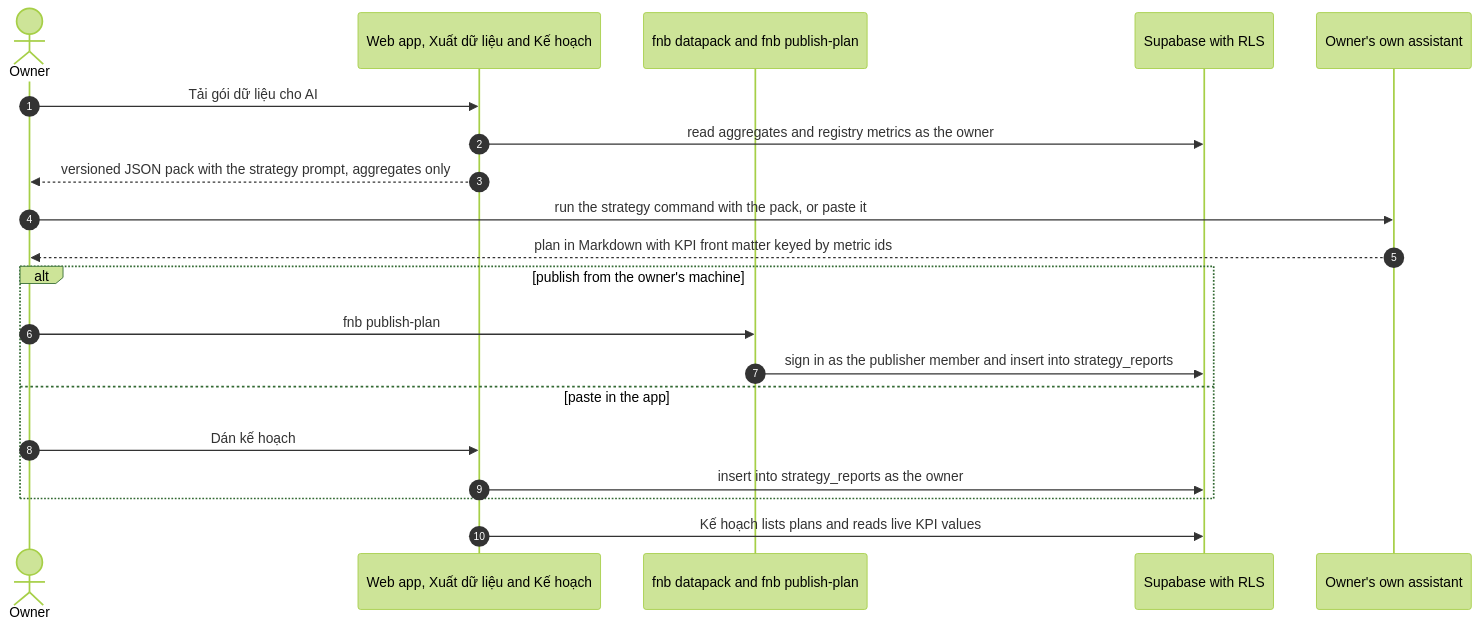
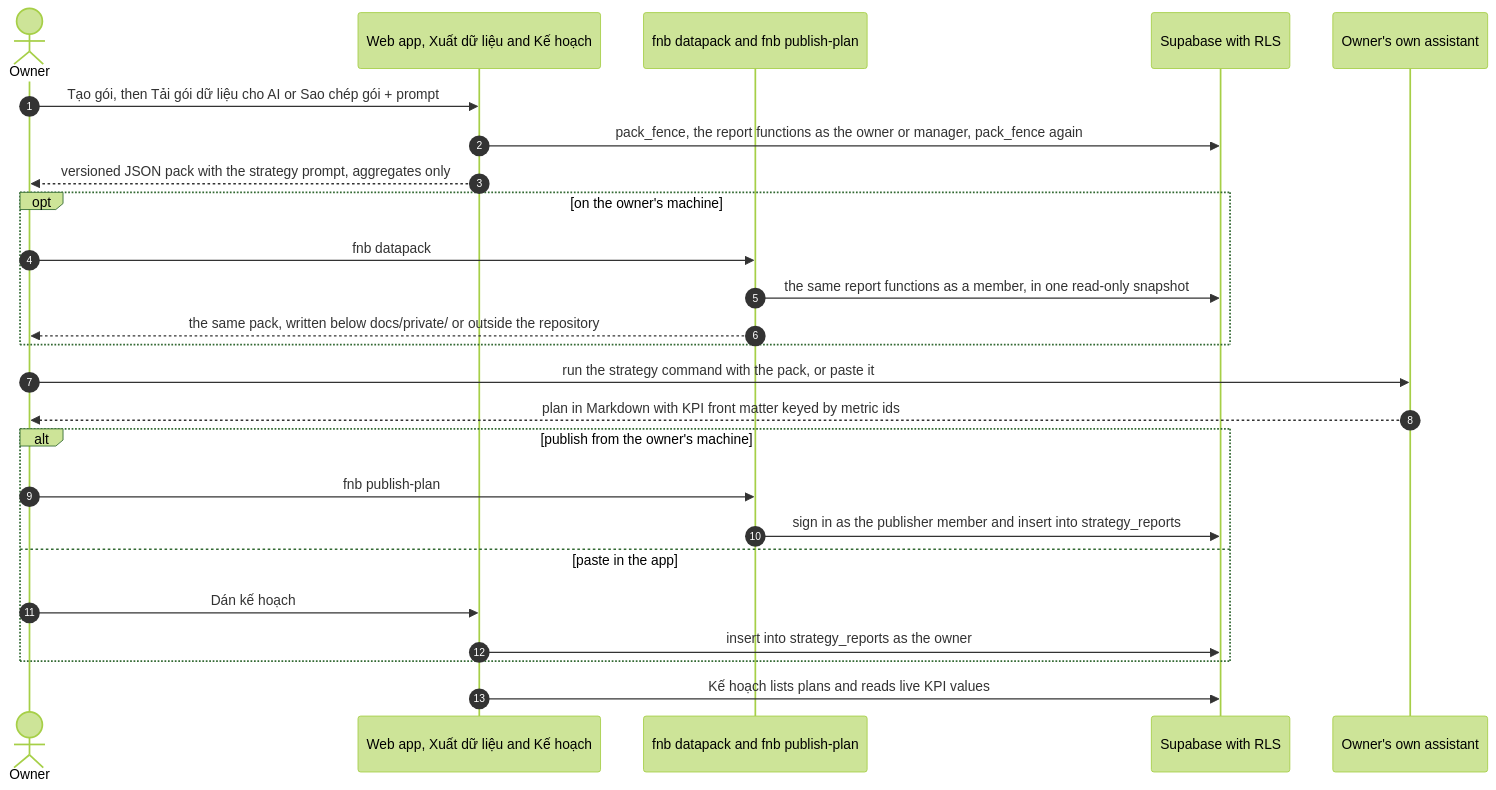
The tenth of 13 diagrams in docs/architecture.md (qa-io-vn/fnb-manager), drawn with Mermaid (forest theme) before and after one commit. The commit also changed other lines of this file and 23 other files, not shown here.

````diff
--- a/docs/architecture.md
+++ b/docs/architecture.md
@@ -535,22 +539,27 @@
 ```mermaid
 sequenceDiagram
     autonumber
     actor Owner
     participant App as Web app, Xuất dữ liệu and Kế hoạch
     participant CLI as fnb datapack and fnb publish-plan
     participant DB as Supabase with RLS
     participant Asst as Owner's own assistant
-    Owner->>App: Tải gói dữ liệu cho AI
-    App->>DB: read aggregates and registry metrics as the owner
+    Owner->>App: Tạo gói, then Tải gói dữ liệu cho AI or Sao chép gói + prompt
+    App->>DB: pack_fence, the report functions as the owner or manager, pack_fence again
     App-->>Owner: versioned JSON pack with the strategy prompt, aggregates only
+    opt on the owner's machine
+        Owner->>CLI: fnb datapack
+        CLI->>DB: the same report functions as a member, in one read-only snapshot
+        CLI-->>Owner: the same pack, written below docs/private/ or outside the repository
+    end
     Owner->>Asst: run the strategy command with the pack, or paste it
     Asst-->>Owner: plan in Markdown with KPI front matter keyed by metric ids
     alt publish from the owner's machine
         Owner->>CLI: fnb publish-plan
         CLI->>DB: sign in as the publisher member and insert into strategy_reports
     else paste in the app
         Owner->>App: Dán kế hoạch
         App->>DB: insert into strategy_reports as the owner
     end
     App->>DB: Kế hoạch lists plans and reads live KPI values
 ```
````
